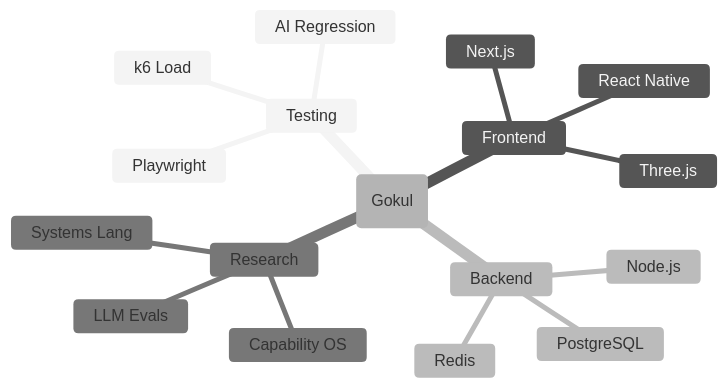
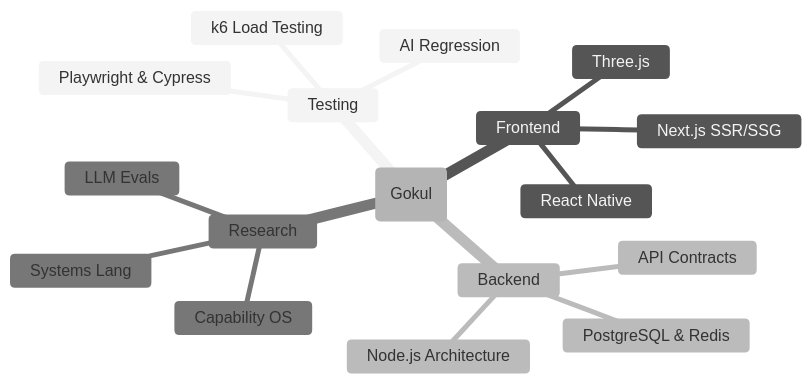
The diagram in README.md (gokulsenthilkumar3/gokulsenthilkumar3), drawn with Mermaid (neutral theme) before and after one commit. The commit also changed other lines of this file and 1 other file, not shown here.

````diff
--- a/README.md
+++ b/README.md
@@ -122,20 +100,20 @@
 ```mermaid
 mindmap
   root("Gokul")
     Testing
-      Playwright
-      k6 Load
+      Playwright & Cypress
+      k6 Load Testing
       AI Regression
     Frontend
-      Next.js
+      Next.js SSR/SSG
       React Native
       Three.js
     Backend
-      Node.js
-      PostgreSQL
-      Redis
+      Node.js Architecture
+      PostgreSQL & Redis
+      API Contracts
     Research
       Capability OS
       Systems Lang
       LLM Evals
 ```
````
